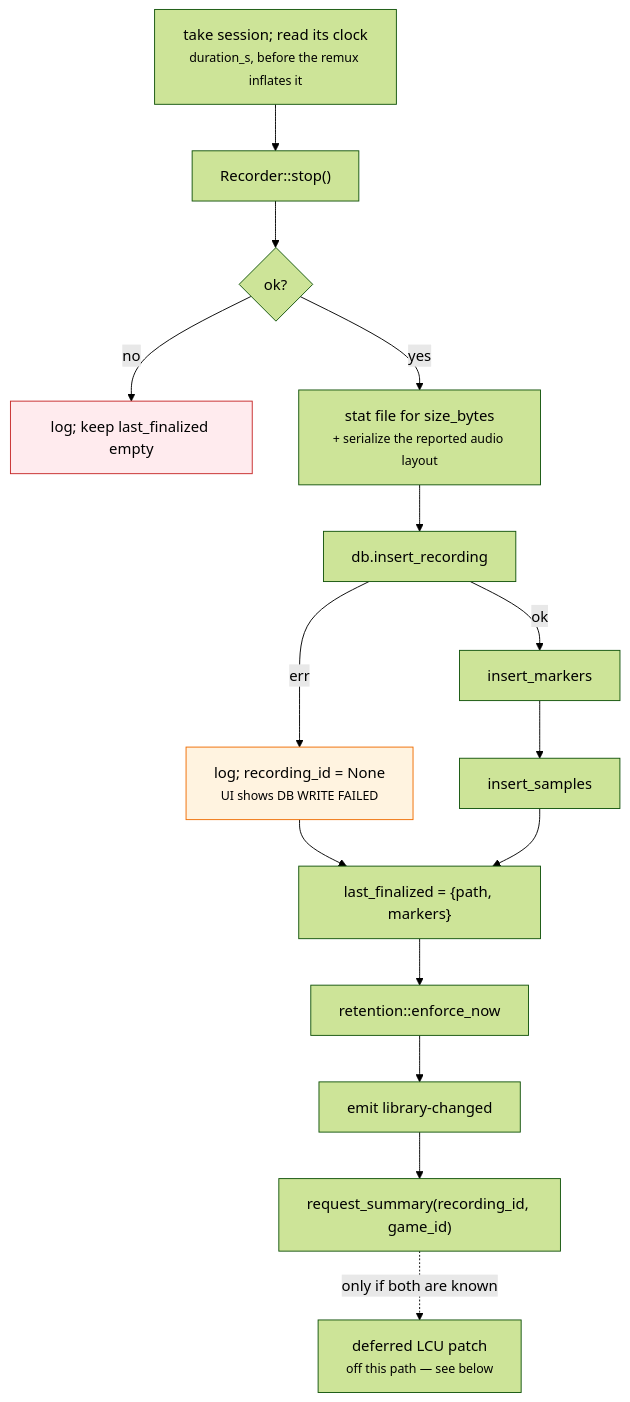
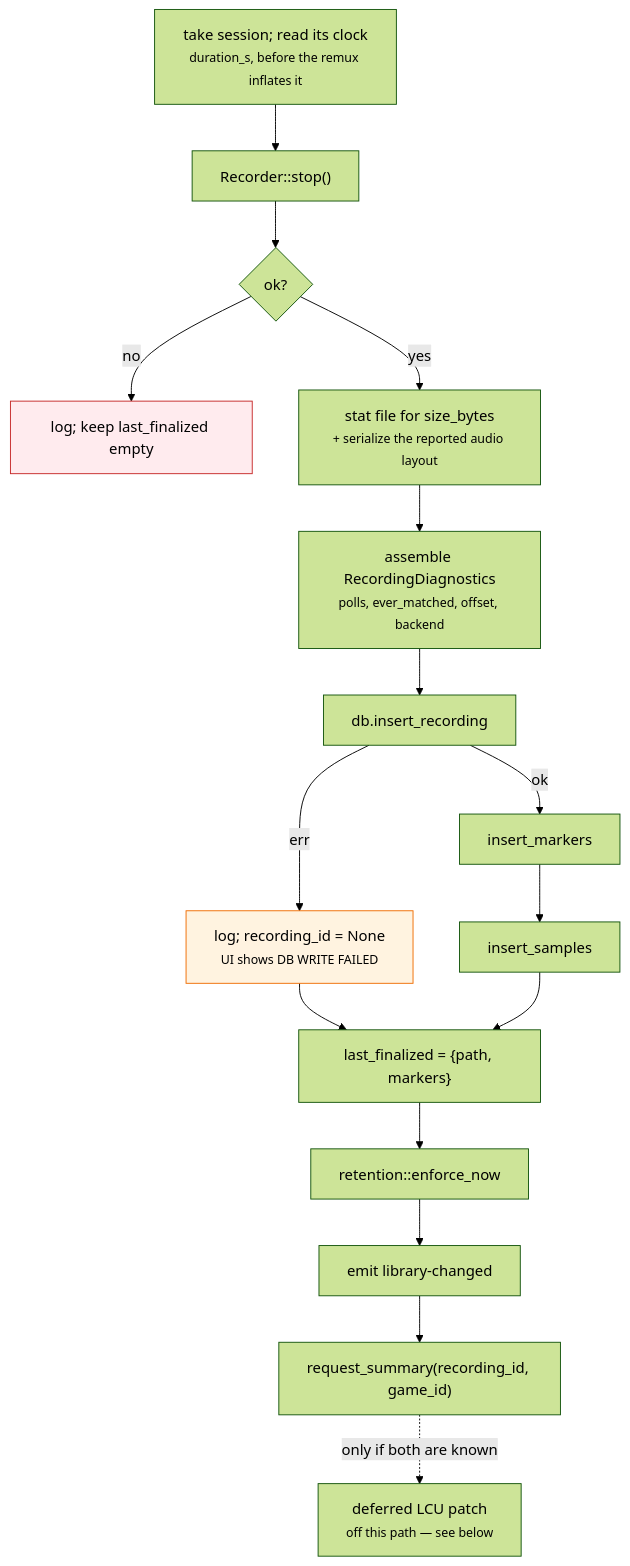
Before and after one commit to NinjaGoldfinch/ninja-recorder: the fifth of 7 diagrams in docs/recording-pipeline.md, drawn with Mermaid (forest theme). The commit also changed 8 other files, not shown here.

````diff
--- a/docs/recording-pipeline.md
+++ b/docs/recording-pipeline.md
@@ -325,19 +325,20 @@
 ```mermaid
 flowchart TB
     S["take session; read its clock<br/><small>duration_s, before the remux inflates it</small>"] --> A["Recorder::stop()"]
     A --> B{"ok?"}
     B -->|"no"| Z["log; keep last_finalized empty"]
     B -->|"yes"| C["stat file for size_bytes<br/><small>+ serialize the reported audio layout</small>"]
-    C --> D["db.insert_recording"]
+    C --> D2["assemble RecordingDiagnostics<br/><small>polls, ever_matched, offset, backend</small>"]
+    D2 --> D["db.insert_recording"]
     D -->|"err"| E["log; recording_id = None<br/><small>UI shows DB WRITE FAILED</small>"]
     D -->|"ok"| F["insert_markers"]
     F --> G["insert_samples"]
     E --> H
     G --> H["last_finalized = {path, markers}"]
     H --> I["retention::enforce_now"]
     I --> J["emit library-changed"]
     J --> K["request_summary(recording_id, game_id)"]
     K -.->|"only if both are known"| L["deferred LCU patch<br/><small>off this path — see below</small>"]
     style Z fill:#ffebee,stroke:#c62828
     style E fill:#fff3e0,stroke:#ef6c00
 ```
````
